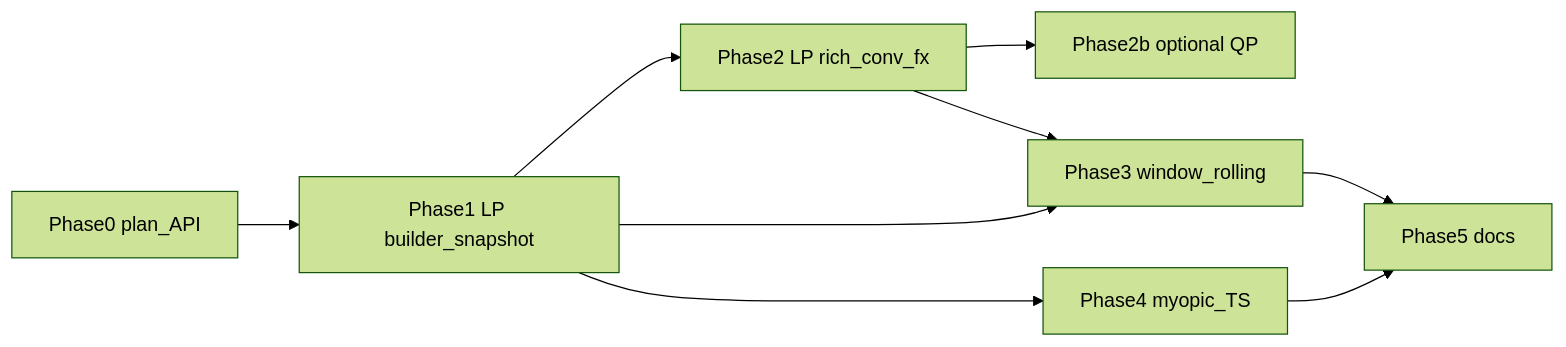
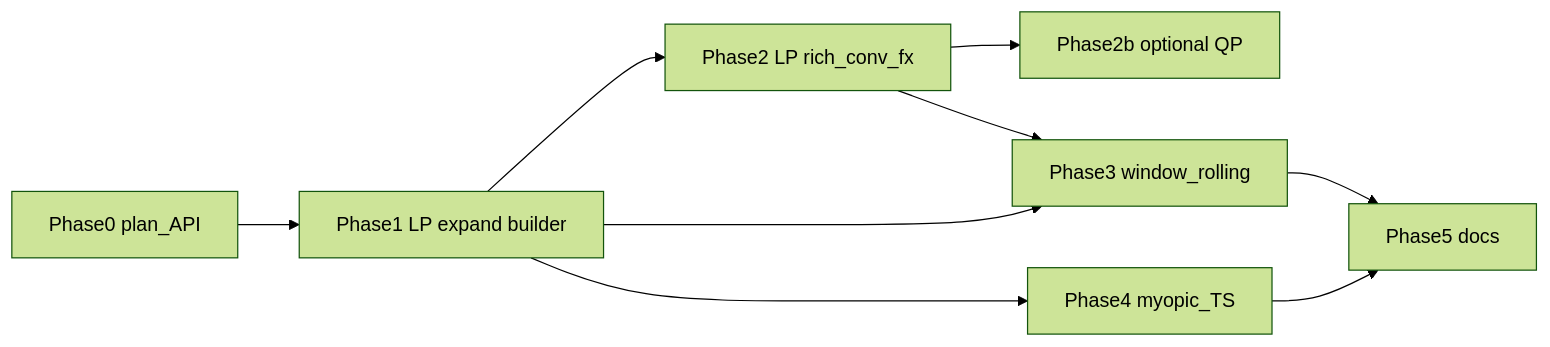
Before and after one commit to BernardoCV/pyflow_acdc: the second of 2 diagrams in plans/linear_acdc_hybrid_plan.md, drawn with Mermaid (forest theme). The commit also changed other lines of this file and 15 other files, not shown here.

````diff
--- a/plans/linear_acdc_hybrid_plan.md
+++ b/plans/linear_acdc_hybrid_plan.md
@@ -130,11 +130,11 @@
 ```mermaid
 flowchart LR
-  P0[Phase0 plan_API] --> P1[Phase1 LP builder_snapshot]
+  P0[Phase0 plan_API] --> P1[Phase1 LP expand builder]
   P1 --> P2[Phase2 LP rich_conv_fx]
   P2 --> P2b[Phase2b optional QP]
   P1 --> P3[Phase3 window_rolling]
   P2 --> P3
   P1 --> P4[Phase4 myopic_TS]
   P3 --> P5[Phase5 docs]
   P4 --> P5
 ```
````
